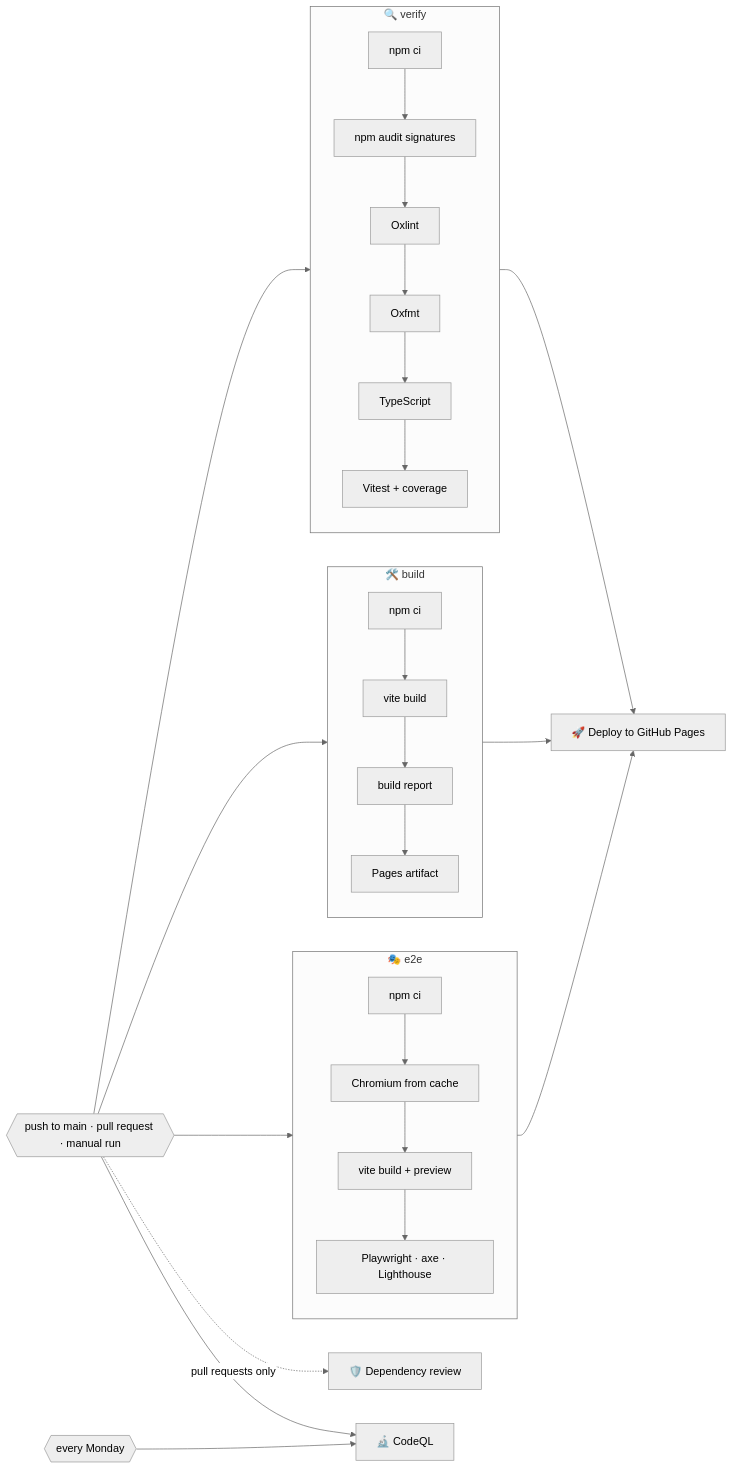
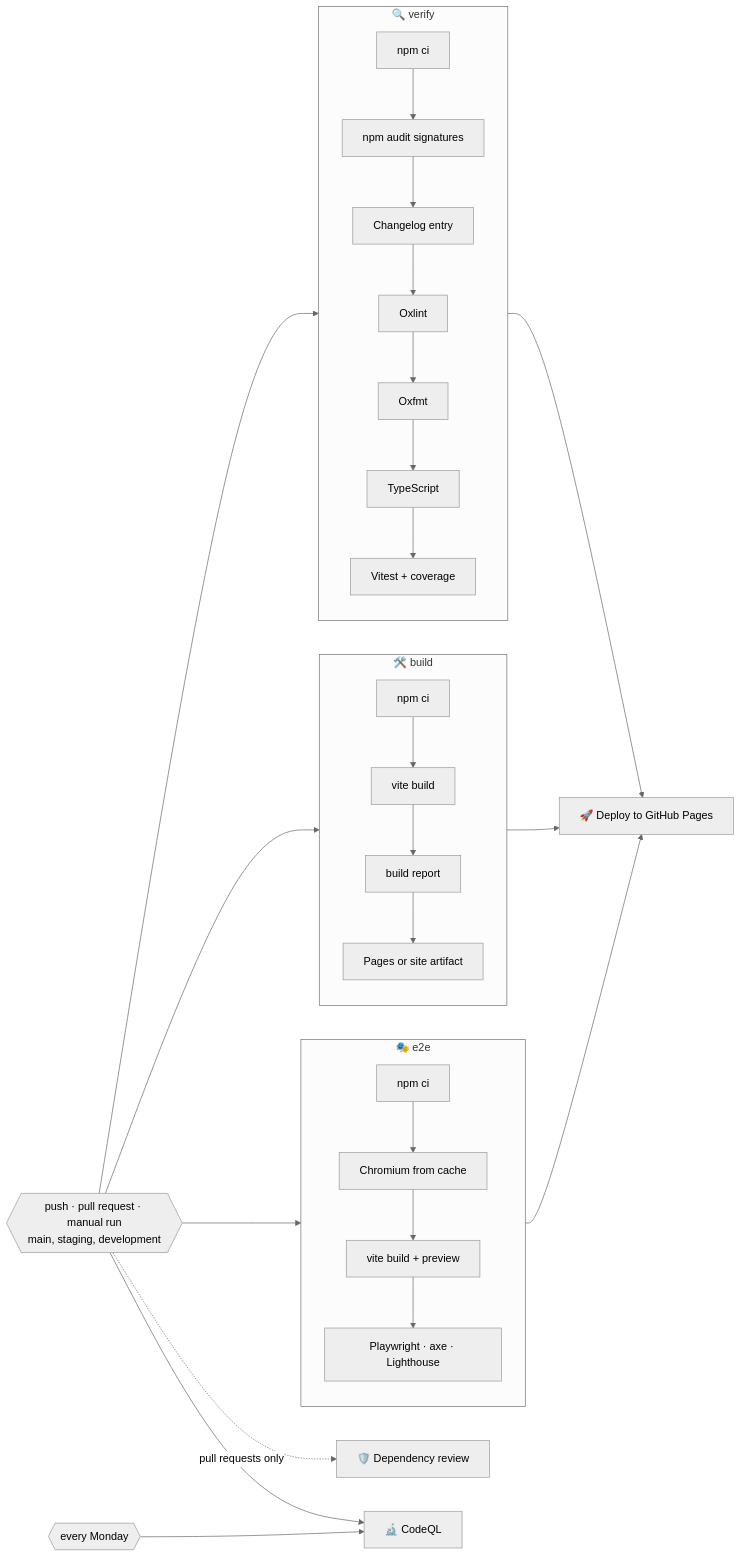
The first of 2 diagrams in docs/deployment.md (sacrificed666/react-todo-app), drawn with Mermaid (neutral theme) before and after one commit. The commit also changed other lines of this file and 72 other files, not shown here.

````diff
--- a/docs/deployment.md
+++ b/docs/deployment.md
@@ -7,28 +7,28 @@
 ```mermaid
 flowchart LR
-  Trigger{{"push to main · pull request · manual run"}} --> Verify
+  Trigger{{"push · pull request · manual run<br/>main, staging, development"}} --> Verify
   Trigger --> Build
   Trigger --> E2E
   Trigger -. pull requests only .-> Review[🛡️ Dependency review]
   Trigger --> CodeQL[🔬 CodeQL]
   Weekly{{"every Monday"}} --> CodeQL
 
   subgraph Verify[🔍 verify]
     direction TB
-    V1[npm ci] --> V2[npm audit signatures] --> V3[Oxlint] --> V4[Oxfmt] --> V5[TypeScript] --> V6[Vitest + coverage]
+    V1[npm ci] --> V2[npm audit signatures] --> V3[Changelog entry] --> V4[Oxlint] --> V5[Oxfmt] --> V6[TypeScript] --> V7[Vitest + coverage]
   end
 
   subgraph Build[🛠️ build]
     direction TB
-    B1[npm ci] --> B2[vite build] --> B3[build report] --> B4[Pages artifact]
+    B1[npm ci] --> B2[vite build] --> B3[build report] --> B4[Pages or site artifact]
   end
 
   subgraph E2E[🎭 e2e]
     direction TB
     E1[npm ci] --> E2[Chromium from cache] --> E3[vite build + preview] --> E4[Playwright · axe · Lighthouse]
   end
 
   Verify --> Deploy[🚀 Deploy to GitHub Pages]
   Build --> Deploy
   E2E --> Deploy
 ```
````
